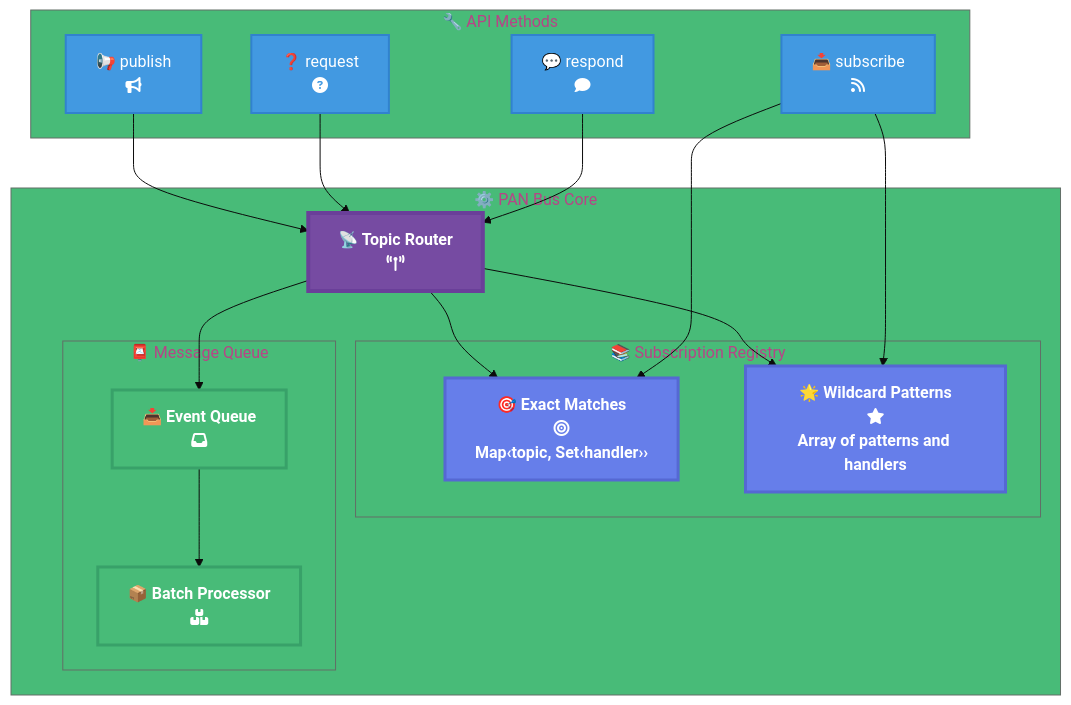
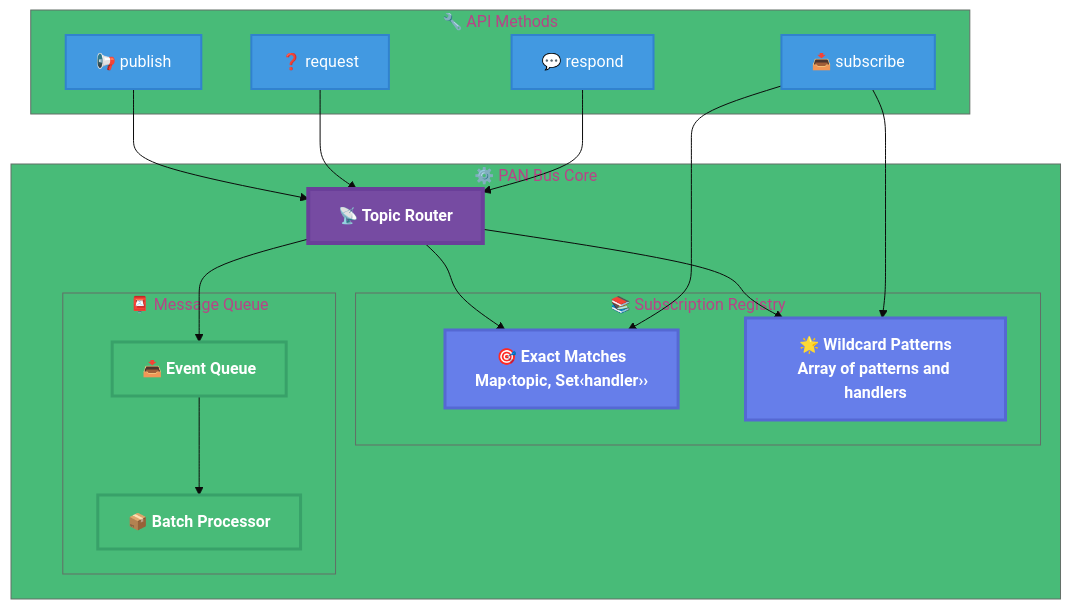
One commit to larcjs/larc changed the seventh of 10 diagrams in docs/books/learning-larc/diagrams/05-pan-bus.md. Above: the diagram before and after it, drawn with Mermaid. The commit also changed other lines of this file and 1 other file, not shown here.

First line of the commit message:
fix: remove FontAwesome icon references from diagrams

````diff
--- a/docs/books/learning-larc/diagrams/05-pan-bus.md
+++ b/docs/books/learning-larc/diagrams/05-pan-bus.md
@@ -248,44 +248,44 @@
 ```mermaid
 %%{init: {'theme':'base', 'themeVariables': { 'primaryColor':'#764ba2','secondaryColor':'#667eea','tertiaryColor':'#48bb78'}}}%%
 graph TB
     subgraph Core["⚙️ PAN Bus Core"]
-        Router["📡 Topic Router<br/>fa:fa-broadcast-tower"]
+        Router["📡 Topic Router"]
 
         subgraph Registry["📚 Subscription Registry"]
-            Exact["🎯 Exact Matches<br/>fa:fa-bullseye<br/>Map‹topic, Set‹handler››"]
-            Wildcard["🌟 Wildcard Patterns<br/>fa:fa-star<br/>Array of patterns and handlers"]
+            Exact["🎯 Exact Matches<br/>Map‹topic, Set‹handler››"]
+            Wildcard["🌟 Wildcard Patterns<br/>Array of patterns and handlers"]
         end
 
         subgraph Queue["📮 Message Queue"]
-            EventQueue["📥 Event Queue<br/>fa:fa-inbox"]
-            Batch["📦 Batch Processor<br/>fa:fa-boxes"]
+            EventQueue["📥 Event Queue"]
+            Batch["📦 Batch Processor"]
         end
 
         Router --> Exact
         Router --> Wildcard
         Router --> EventQueue
         EventQueue --> Batch
     end
 
     subgraph API["🔧 API Methods"]
-        Publish["📢 publish<br/>fa:fa-bullhorn"]
-        Subscribe["📥 subscribe<br/>fa:fa-rss"]
-        Request["❓ request<br/>fa:fa-question-circle"]
-        Respond["💬 respond<br/>fa:fa-comment"]
+        Publish["📢 publish"]
+        Subscribe["📥 subscribe"]
+        Request["❓ request"]
+        Respond["💬 respond"]
     end
 
     Publish --> Router
     Subscribe --> Exact & Wildcard
     Request --> Router
     Respond --> Router
 
     classDef router fill:#764ba2,stroke:#6a3f99,stroke-width:4px,color:#fff,font-weight:bold
     classDef registry fill:#667eea,stroke:#5568d3,stroke-width:3px,color:#fff,font-weight:bold
     classDef queue fill:#48bb78,stroke:#38a169,stroke-width:3px,color:#fff,font-weight:bold
     classDef api fill:#4299e1,stroke:#3182ce,stroke-width:2px,color:#fff
 
     class Router router
     class Exact,Wildcard registry
     class EventQueue,Batch queue
     class Publish,Subscribe,Request,Respond api
 ```
````
